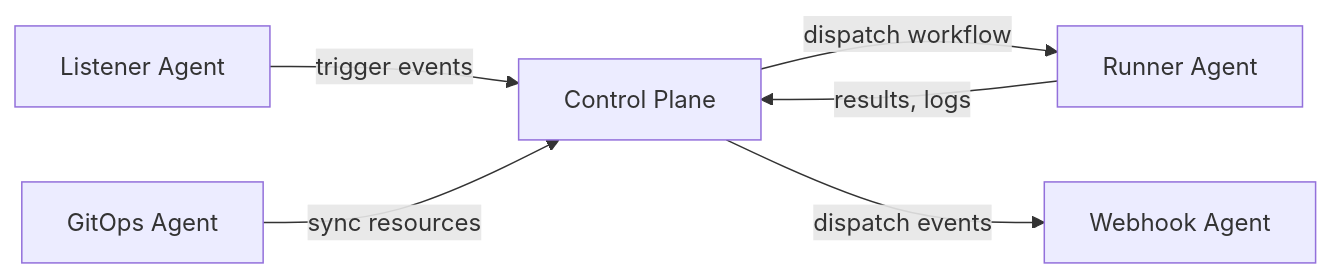
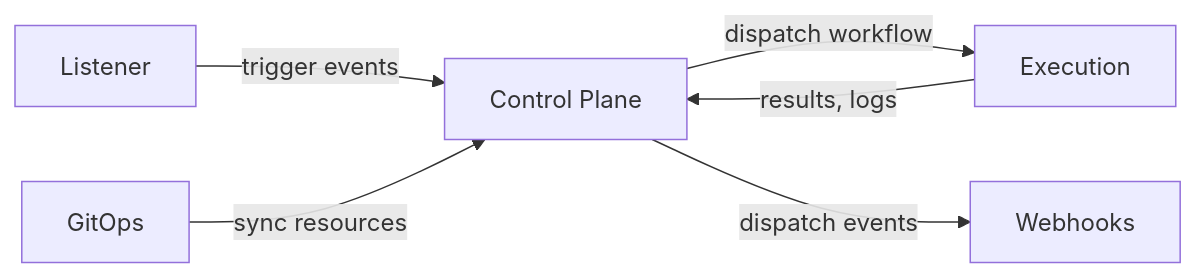
One commit to kubeshop/testkube-docs changed the second of 5 diagrams in docs/articles/architecture.md. Above: the diagram before and after it, drawn with Mermaid. The commit also changed other lines of this file and 91 other files, not shown here.

````diff
--- a/docs/articles/architecture.md
+++ b/docs/articles/architecture.md
@@ -59,15 +59,15 @@
 ```mermaid
 flowchart LR
     CP["Control Plane"]
 
-    Runner["Runner Agent"]
-    Listener["Listener Agent"]
-    GitOps["GitOps Agent"]
-    Webhook["Webhook Agent"]
+    Runner["Execution"]
+    Listener["Listener"]
+    GitOps["GitOps"]
+    Webhook["Webhooks"]
 
     CP -- "dispatch workflow" --> Runner
     Runner -- "results, logs" --> CP
     Listener -- "trigger events" --> CP
     GitOps -- "sync resources" --> CP
     CP -- "dispatch events" --> Webhook
 ```
````
